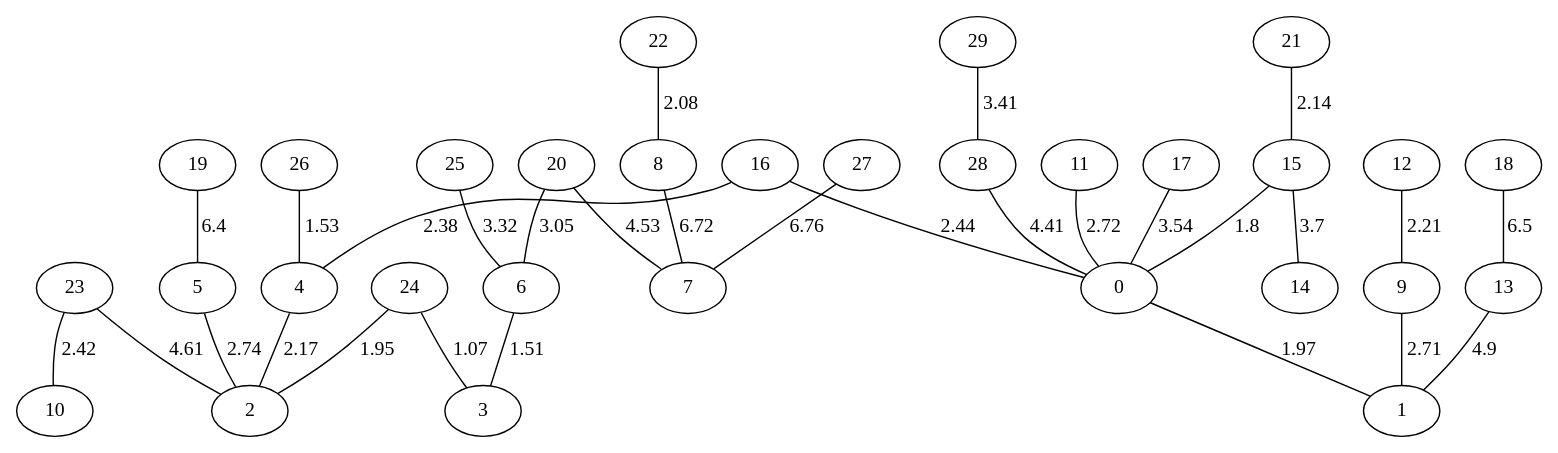
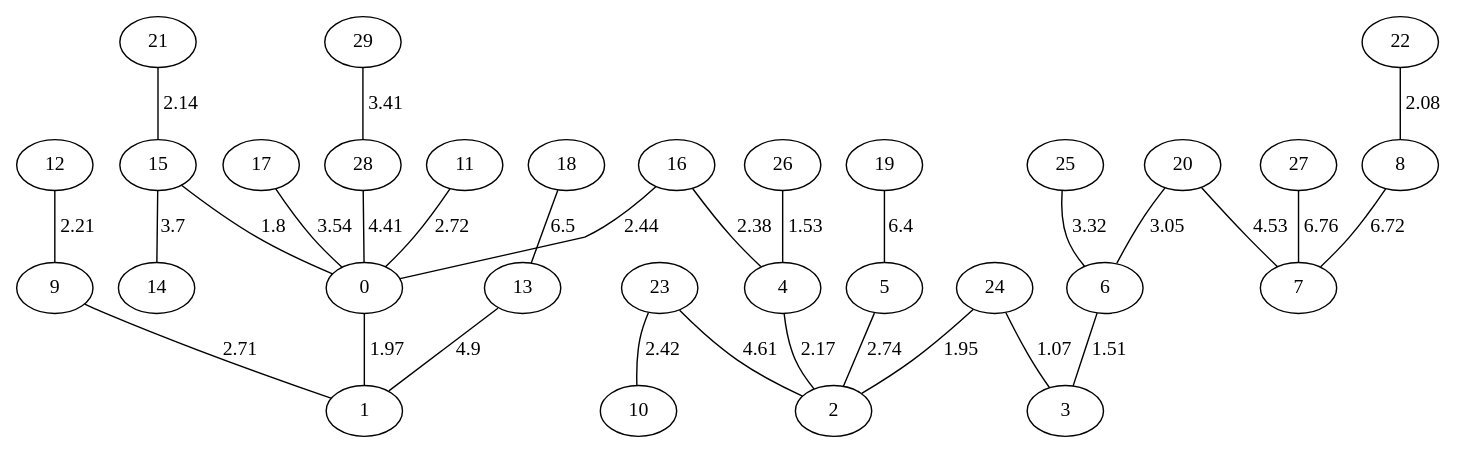
One commit to amorac4/DAA24 changed the diagram in Proyecto 4/Grafos MST/grafo_Dorogovtsev-Mendes_30_no dirigido_kruskal_directo.gv. Above: the diagram before and after it, drawn with Graphviz. The commit also changed other lines of this file and 62 other files, not shown here.

```diff
--- a/Proyecto 4/Grafos MST/grafo_Dorogovtsev-Mendes_30_no dirigido_kruskal_directo.gv
+++ b/Proyecto 4/Grafos MST/grafo_Dorogovtsev-Mendes_30_no dirigido_kruskal_directo.gv
@@ -1,61 +1,61 @@
 graph G{
+"18";
+"27";
+"10";
+"1";
+"13";
+"3";
+"2";
+"12";
+"20";
+"7";
+"0";
+"17";
+"22";
+"26";
+"28";
+"5";
+"9";
+"11";
+"23";
+"24";
+"14";
+"6";
+"16";
+"21";
+"29";
 "19";
-"10";
-"11";
-"7";
+"25";
+"15";
+"4";
 "8";
-"22";
-"17";
-"1";
-"29";
-"5";
-"26";
-"9";
-"12";
-"13";
-"2";
-"23";
-"6";
-"21";
-"15";
-"16";
-"20";
-"18";
-"3";
-"0";
-"24";
-"25";
-"28";
-"27";
-"4";
-"14";
 "24"--"3"[label="1.07"];
 "6"--"3"[label="1.51"];
 "26"--"4"[label="1.53"];
 "15"--"0"[label="1.8"];
 "24"--"2"[label="1.95"];
 "0"--"1"[label="1.97"];
 "22"--"8"[label="2.08"];
 "21"--"15"[label="2.14"];
 "4"--"2"[label="2.17"];
 "12"--"9"[label="2.21"];
 "16"--"4"[label="2.38"];
 "23"--"10"[label="2.42"];
 "16"--"0"[label="2.44"];
 "9"--"1"[label="2.71"];
 "11"--"0"[label="2.72"];
 "5"--"2"[label="2.74"];
 "20"--"6"[label="3.05"];
 "25"--"6"[label="3.32"];
 "29"--"28"[label="3.41"];
 "17"--"0"[label="3.54"];
 "15"--"14"[label="3.7"];
 "28"--"0"[label="4.41"];
 "20"--"7"[label="4.53"];
 "23"--"2"[label="4.61"];
 "13"--"1"[label="4.9"];
 "19"--"5"[label="6.4"];
 "18"--"13"[label="6.5"];
 "8"--"7"[label="6.72"];
 "27"--"7"[label="6.76"];
 }
```
